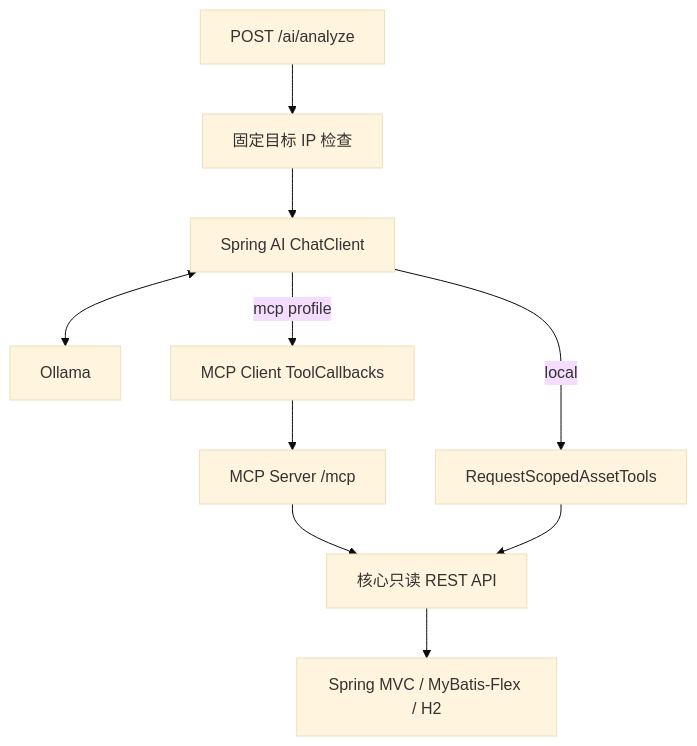
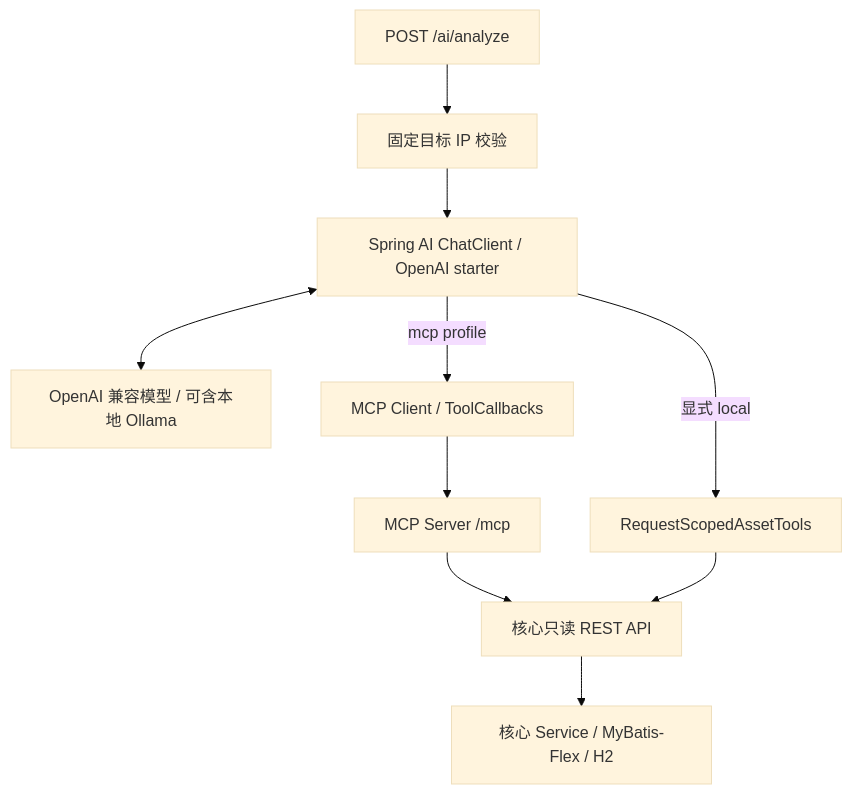
The second of 2 diagrams in docs/02-架构与执行链路.md (yuxuefenfei/asset-security-agent-lab), drawn with Mermaid (base theme) before and after one commit. The commit also changed other lines of this file and 112 other files, not shown here.

````diff
--- a/docs/02-架构与执行链路.md
+++ b/docs/02-架构与执行链路.md
@@ -28,12 +33,12 @@
 ```mermaid
 flowchart TB
-    P[POST /ai/analyze] --> G[固定目标 IP 检查]
-    G --> SC[Spring AI ChatClient]
-    SC <--> LM[Ollama]
-    SC -->|local| LT[RequestScopedAssetTools]
-    SC -->|mcp profile| MC[MCP Client ToolCallbacks]
+    P[POST /ai/analyze] --> G[固定目标 IP 校验]
+    G --> SC[Spring AI ChatClient / OpenAI starter]
+    SC <--> LM[OpenAI 兼容模型 / 可含本地 Ollama]
+    SC -->|显式 local| LT[RequestScopedAssetTools]
+    SC -->|mcp profile| MC[MCP Client / ToolCallbacks]
     MC --> MS[MCP Server /mcp]
     MS --> API[核心只读 REST API]
     LT --> API
-    API --> LAB[Spring MVC / MyBatis-Flex / H2]
+    API --> LAB[核心 Service / MyBatis-Flex / H2]
 ```
````
